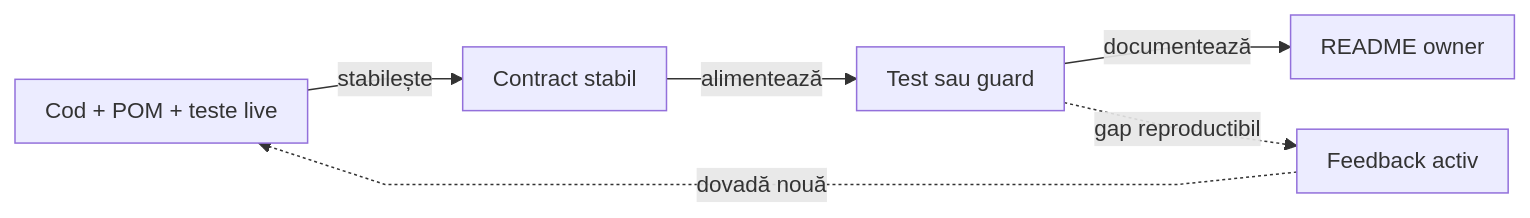
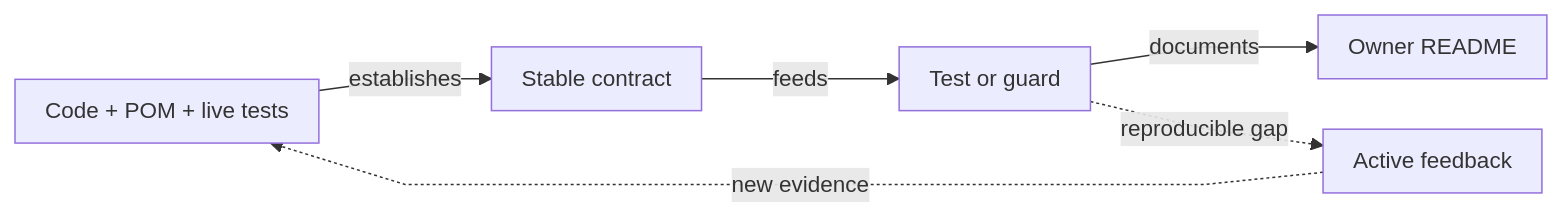
The diagram in docs/README_Atf_BestPractices.md (crististefanita/atf_j0), drawn with Mermaid before and after one commit. The commit also changed other lines of this file and 113 other files, not shown here.

````diff
--- a/docs/README_Atf_BestPractices.md
+++ b/docs/README_Atf_BestPractices.md
@@ -27,9 +30,9 @@
 ```mermaid
 %%{init: {"themeVariables":{"fontSize":"15px"},"themeCSS":".nodeLabel, .nodeLabel p { font-size: 15px !important; line-height: 1.35 !important; } .edgeLabel, .edgeLabel p { font-size: 12px !important; font-weight: 400 !important; line-height: 1.2 !important; } .edgeLabel .labelBkg, .edgeLabel p { background: transparent !important; } .edgeLabel foreignObject { transform: translateY(-18px); overflow: visible; } .node rect { rx: 6px; ry: 6px; }","flowchart":{"curve":"linear","nodeSpacing":24,"rankSpacing":40,"padding":10,"diagramPadding":16}}}%%
 flowchart LR
-    Live[Cod + POM + teste live] -->|stabilește| Contract[Contract stabil]
-    Contract -->|alimentează| Gate[Test sau guard]
-    Gate -->|documentează| Owner[README owner]
-    Gate -. gap reproductibil .-> Feedback[Feedback activ]
-    Feedback -. dovadă nouă .-> Live
+    Live[Code + POM + live tests] -->|establishes| Contract[Stable contract]
+    Contract -->|feeds| Gate[Test or guard]
+    Gate -->|documents| Owner[Owner README]
+    Gate -. reproducible gap .-> Feedback[Active feedback]
+    Feedback -. new evidence .-> Live
 ```
````
